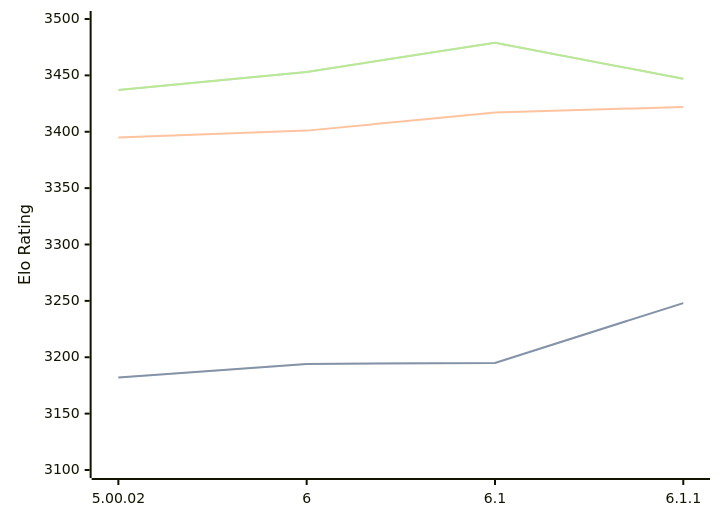
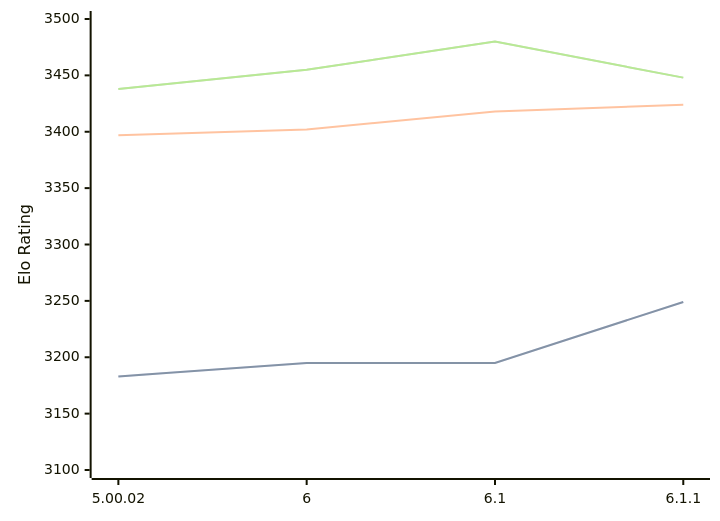
The diagram in engines/Zangdar.md (computer-chess-index/cci), drawn with Mermaid before and after one commit. The commit also changed other lines of this file, not shown here.

Commit message:
Update CCI Ratings (ELO VLTC) - 2026-05-12

````diff
--- a/engines/Zangdar.md
+++ b/engines/Zangdar.md
@@ -46,11 +46,11 @@
 ```mermaid
 %%{init: {"theme":"base","themeVariables":{"seriesColors:['#a3a3a3','#222221','#faa371']}}}%%
 xychart-beta
   x-axis ["5.00.02", "6", "6.1", "6.1.1"]
   y-axis "Elo Rating" 3100 --> 3500
-  line "STC (8.0+0.08s)" [3182, 3194, 3195, 3248]
-  line "STC (8.0+0.08s)" [3182, 3194, 3195, 3248]
-  line "LTC (60.0+0.60s)" [3395, 3401, 3417, 3422]
-  line "VLTC (2m24s+1.12s)" [3437, 3453, 3479, 3447]
-  line "VLTC (2m24s+1.12s)" [3437, 3453, 3479, 3447]
+  line "STC (8.0+0.08s)" [3183, 3195, 3195, 3249]
+  line "STC (8.0+0.08s)" [3183, 3195, 3195, 3249]
+  line "LTC (60.0+0.60s)" [3397, 3402, 3418, 3424]
+  line "VLTC (2m24s+1.12s)" [3438, 3455, 3480, 3448]
+  line "VLTC (2m24s+1.12s)" [3438, 3455, 3480, 3448]
 ```
````
